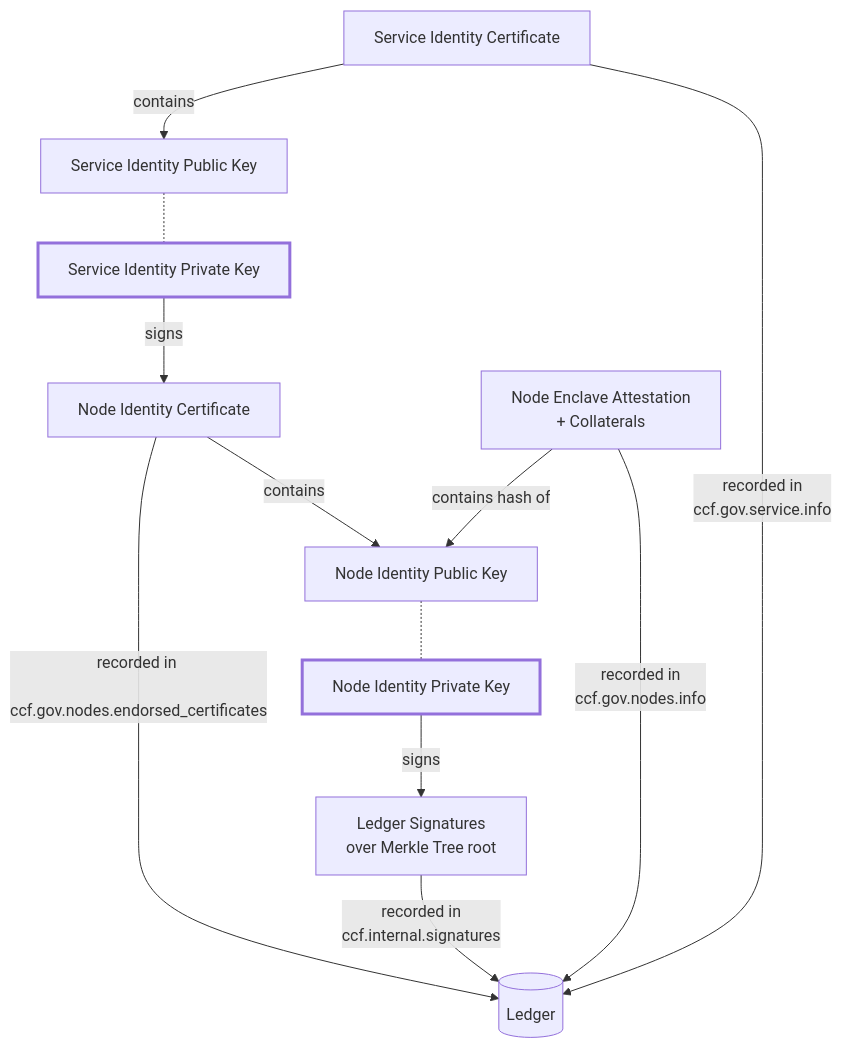
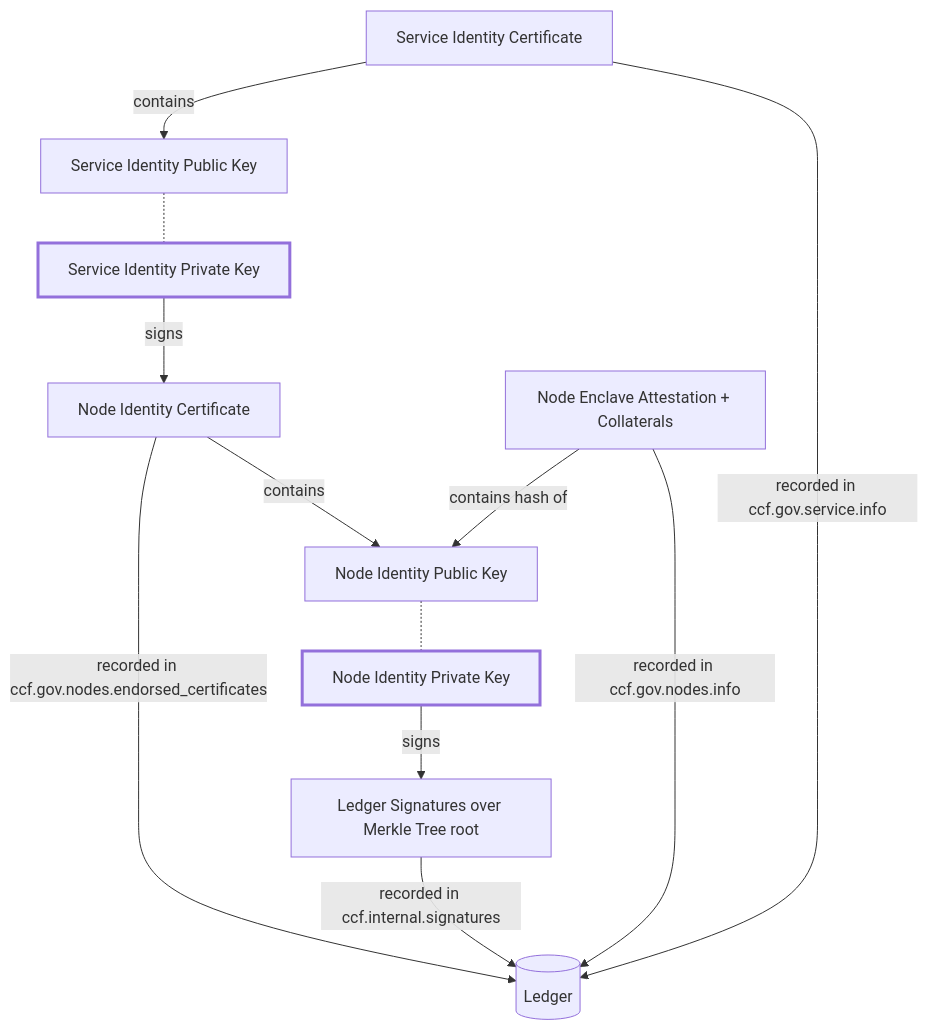
The first of 2 diagrams in doc/architecture/cryptography.rst (microsoft/CCF), drawn with Mermaid before and after one commit. The commit also changed other lines of this file and 10 other files, not shown here.

First line of the commit message:
Refine documentation icons and diagram presentation

```diff
--- a/doc/architecture/cryptography.rst
+++ b/doc/architecture/cryptography.rst
@@ -53,16 +53,16 @@
 .. mermaid::
 
     flowchart TB
         classDef EnclaveKey stroke-width:3px
         ServiceCert[Service Identity Certificate] --contains--> ServicePubk[Service Identity Public Key]
         ServicePubk -.- ServicePrivk[Service Identity Private Key]
         NodePubk[Node Identity Public Key] -.- NodePrivk[Node Identity Private Key]
         class ServicePrivk,NodePrivk EnclaveKey
-        ServiceCert -- recorded in <br> ccf.gov.service.info --> Ledger[(Ledger)]
-        NodeCert[Node Identity Certificate] -- recorded in <br> ccf.gov.nodes.endorsed_certificates --> Ledger
+        ServiceCert -- recorded in ccf.gov.service.info --> Ledger[(Ledger)]
+        NodeCert[Node Identity Certificate] -- recorded in ccf.gov.nodes.endorsed_certificates --> Ledger
         ServicePrivk -- signs --> NodeCert
-        NodePrivk -- signs --> Signature[Ledger Signatures <br> over Merkle Tree root]
-        Signature -- recorded in <br> ccf.internal.signatures --> Ledger
-        Attestation[Node Enclave Attestation <br> + Collaterals] -- contains hash of --> NodePubk
+        NodePrivk -- signs --> Signature[Ledger Signatures over Merkle Tree root]
+        Signature -- recorded in ccf.internal.signatures --> Ledger
+        Attestation[Node Enclave Attestation + Collaterals] -- contains hash of --> NodePubk
         NodeCert -- contains --> NodePubk
-        Attestation -- recorded in <br> ccf.gov.nodes.info --> Ledger
+        Attestation -- recorded in ccf.gov.nodes.info --> Ledger
```
